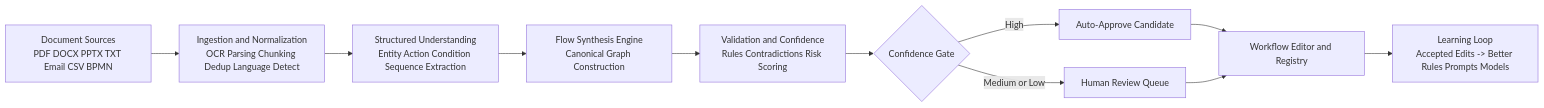
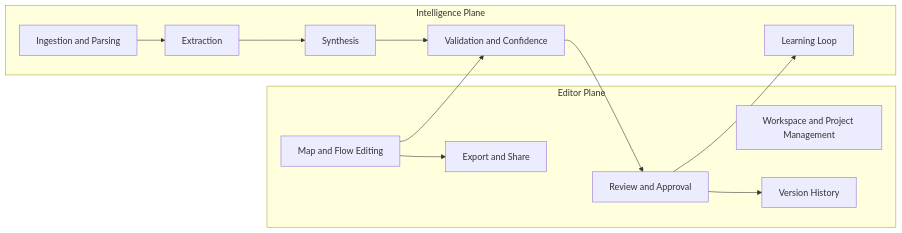
One commit to tigges/Workflow-designer changed the first of 3 diagrams in INTELLIGENT_IMPORT_FLOW_SPEC.md. Above: the diagram before and after it, drawn with Mermaid. The commit also changed other lines of this file and 1 other file, not shown here.

````diff
--- a/INTELLIGENT_IMPORT_FLOW_SPEC.md
+++ b/INTELLIGENT_IMPORT_FLOW_SPEC.md
@@ -45,13 +49,24 @@
 ```mermaid
 flowchart LR
-    A[Document Sources\nPDF DOCX PPTX TXT Email CSV BPMN] --> B[Ingestion and Normalization\nOCR Parsing Chunking Dedup Language Detect]
-    B --> C[Structured Understanding\nEntity Action Condition Sequence Extraction]
-    C --> D[Flow Synthesis Engine\nCanonical Graph Construction]
-    D --> E[Validation and Confidence\nRules Contradictions Risk Scoring]
-    E --> F{Confidence Gate}
-    F -->|High| G[Auto-Approve Candidate]
-    F -->|Medium or Low| H[Human Review Queue]
-    G --> I[Workflow Editor and Registry]
-    H --> I
-    I --> J[Learning Loop\nAccepted Edits -> Better Rules Prompts Models]
+    subgraph P[Editor Plane]
+      P1[Workspace and Project Management]
+      P2[Map and Flow Editing]
+      P3[Review and Approval]
+      P4[Export and Share]
+      P5[Version History]
+    end
+
+    subgraph I[Intelligence Plane]
+      I1[Ingestion and Parsing]
+      I2[Extraction]
+      I3[Synthesis]
+      I4[Validation and Confidence]
+      I5[Learning Loop]
+    end
+
+    P2 --> I4
+    I1 --> I2 --> I3 --> I4 --> P3
+    P3 --> P5
+    P2 --> P4
+    P3 --> I5
 ```
````
